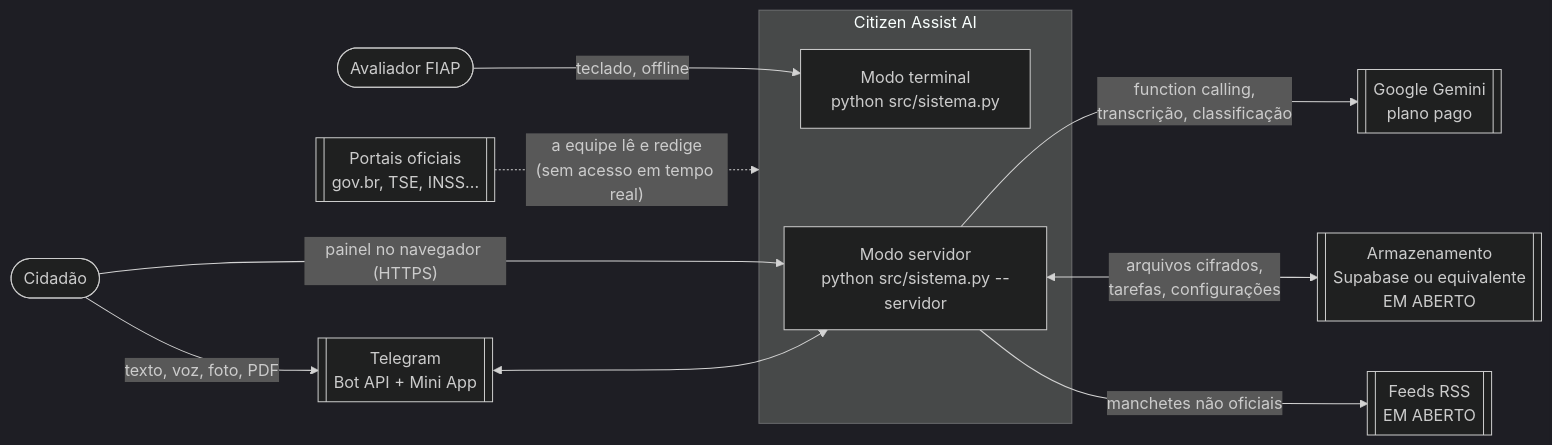
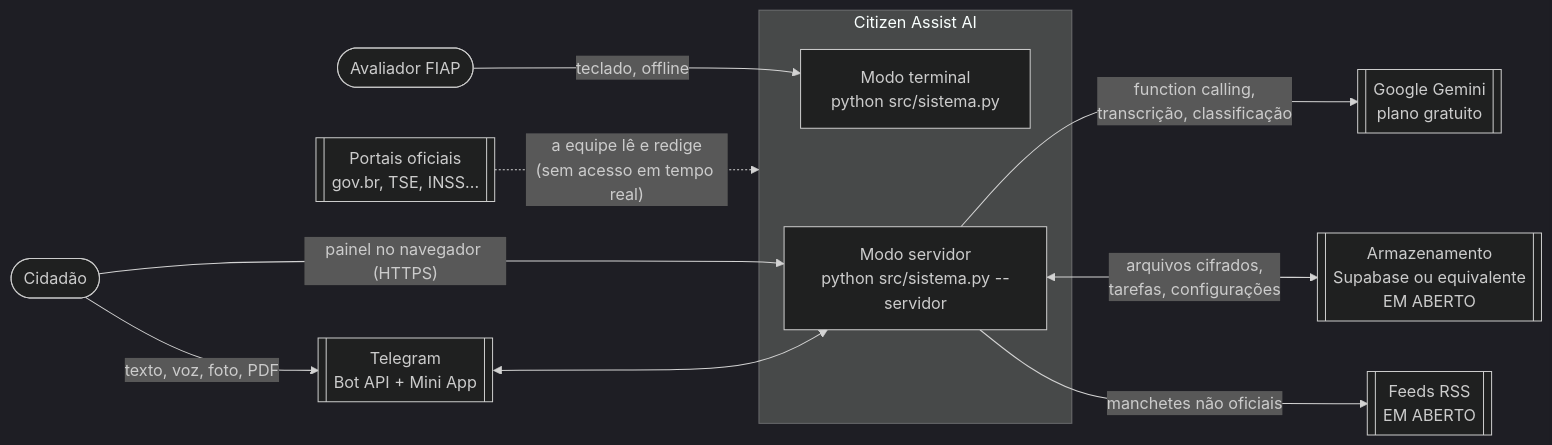
One commit to JFrois/GlobalSolution_CitizenTech changed the first of 15 diagrams in docs/arquitetura.md. Above: the diagram before and after it, drawn with Mermaid (dark theme). The commit also changed 13 other files, not shown here.

Commit message:
fix: respostas do bot em ordem por usuário; aba Tarefas separa lembretes já avisados; Gemini no plano gratuito (aviso e docs)

````diff
--- a/docs/arquitetura.md
+++ b/docs/arquitetura.md
@@ -28,25 +28,25 @@
 ```mermaid
 flowchart LR
     Avaliador([Avaliador FIAP])
     Cidadao([Cidadão])
 
     subgraph Sistema["Citizen Assist AI"]
         Terminal["Modo terminal<br/>python src/sistema.py"]
         Servidor["Modo servidor<br/>python src/sistema.py --servidor"]
     end
 
     Telegram[[Telegram<br/>Bot API + Mini App]]
-    Gemini[[Google Gemini<br/>plano pago]]
+    Gemini[[Google Gemini<br/>plano gratuito]]
     Storage[[Armazenamento<br/>Supabase ou equivalente<br/>EM ABERTO]]
     RSS[[Feeds RSS<br/>EM ABERTO]]
     Gov[[Portais oficiais<br/>gov.br, TSE, INSS...]]
 
     Avaliador -->|"teclado, offline"| Terminal
     Cidadao -->|"texto, voz, foto, PDF"| Telegram
     Cidadao -->|"painel no navegador (HTTPS)"| Servidor
     Telegram <--> Servidor
     Servidor -->|"function calling,<br/>transcrição, classificação"| Gemini
     Servidor <-->|"arquivos cifrados,<br/>tarefas, configurações"| Storage
     Servidor -->|"manchetes não oficiais"| RSS
     Gov -.->|"a equipe lê e redige<br/>(sem acesso em tempo real)"| Sistema
 ```
````
